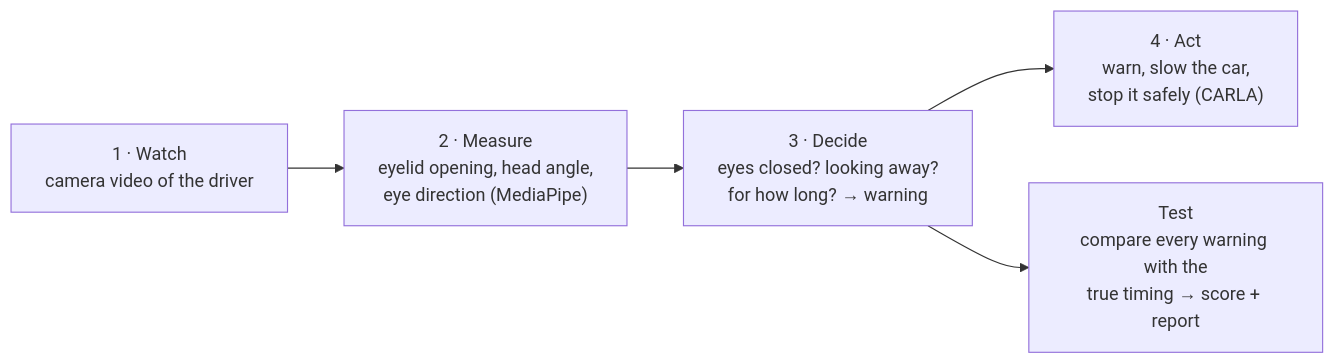
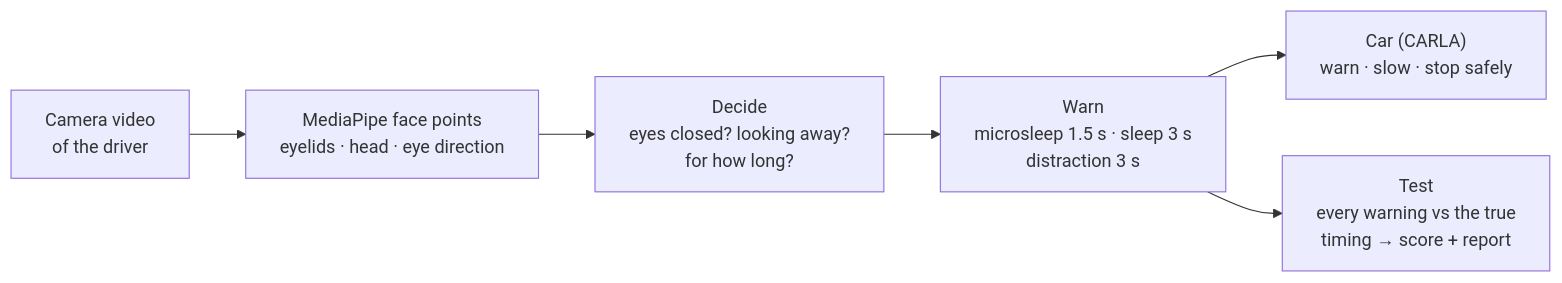
Before and after one commit to HarishDeepak/driver-attention-bench: the diagram in README.md, drawn with Mermaid. The commit also changed other lines of this file and 4 other files, not shown here.

````diff
--- a/README.md
+++ b/README.md
@@ -33,7 +18,8 @@
 ```mermaid
 flowchart LR
-    A["1 · Watch<br/>camera video of the driver"] --> B["2 · Measure<br/>eyelid opening, head angle,<br/>eye direction (MediaPipe)"]
-    B --> C["3 · Decide<br/>eyes closed? looking away?<br/>for how long? → warning"]
-    C --> D["4 · Act<br/>warn, slow the car,<br/>stop it safely (CARLA)"]
-    C --> E["Test<br/>compare every warning with the<br/>true timing → score + report"]
+    A["Camera video<br/>of the driver"] --> B["MediaPipe face points<br/>eyelids · head · eye direction"]
+    B --> C["Decide<br/>eyes closed? looking away?<br/>for how long?"]
+    C --> D["Warn<br/>microsleep 1.5 s · sleep 3 s<br/>distraction 3 s"]
+    D --> E["Car (CARLA)<br/>warn · slow · stop safely"]
+    D --> F["Test<br/>every warning vs the true<br/>timing → score + report"]
 ```
````
